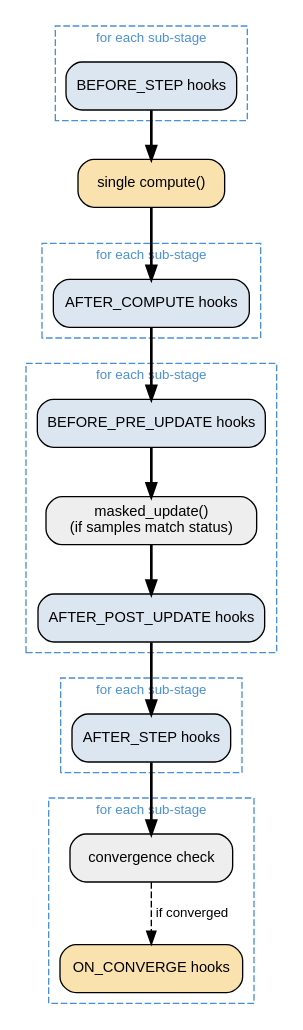
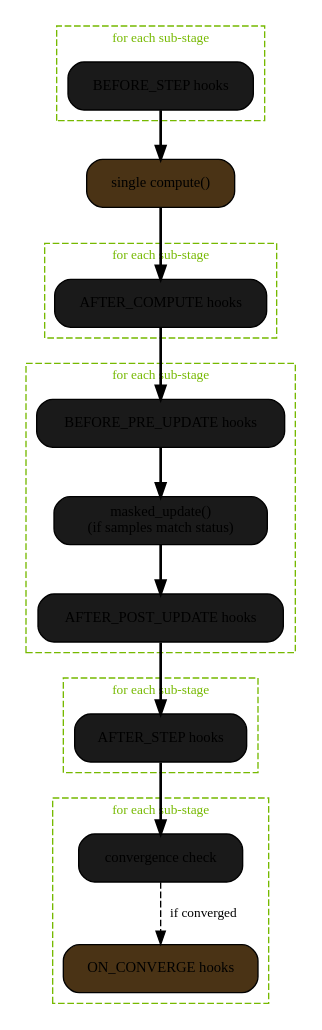
Before and after one commit to NVIDIA/nvalchemi-toolkit: the second of 2 diagrams in docs/modules/dynamics/hooks.rst, drawn with Graphviz. The commit also changed other lines of this file and 11 other files, not shown here.

Commit message:
docs: stabilize rendered diagrams

```diff
--- a/docs/modules/dynamics/hooks.rst
+++ b/docs/modules/dynamics/hooks.rst
@@ -337,73 +335,67 @@
 .. graphviz::
    :caption: Hook ordering inside a single ``FusedStage.step()``.
 
    digraph fused_hook_order {
        rankdir=TB
        compound=true
-       fontname="Helvetica"
-       node [fontname="Helvetica" fontsize=11 shape=box style="rounded,filled" fillcolor="#dce6f1"]
-       edge [fontname="Helvetica" fontsize=10 style=bold]
+       node [fontsize=11 shape=box style="rounded,filled" fillcolor="#1a1a1a"]
+       edge [fontsize=10 style=bold]
 
        subgraph cluster_before {
            label="for each sub-stage"
            style=dashed
-           color="#4a90d9"
-           fontcolor="#4a90d9"
-           fontname="Helvetica"
+           color="#76b900"
+           fontcolor="#76b900"
            fontsize=10
            BEFORE_STEP [label="BEFORE_STEP hooks"]
        }
 
-       compute [label="single compute()" fillcolor="#f9e2ae"]
+       compute [label="single compute()" fillcolor="#4a3315"]
 
        subgraph cluster_after_compute {
            label="for each sub-stage"
            style=dashed
-           color="#4a90d9"
-           fontcolor="#4a90d9"
-           fontname="Helvetica"
+           color="#76b900"
+           fontcolor="#76b900"
            fontsize=10
            AFTER_COMPUTE [label="AFTER_COMPUTE hooks"]
        }
 
        subgraph cluster_update {
            label="for each sub-stage"
            style=dashed
-           color="#4a90d9"
-           fontcolor="#4a90d9"
-           fontname="Helvetica"
+           color="#76b900"
+           fontcolor="#76b900"
            fontsize=10
            BEFORE_PRE [label="BEFORE_PRE_UPDATE hooks"]
-           masked     [label="masked_update()\n(if samples match status)" fillcolor="#eeeeee"]
+           masked     [label="masked_update()\n(if samples match status)" fillcolor="#1a1a1a"]
            AFTER_POST [label="AFTER_POST_UPDATE hooks"]
            BEFORE_PRE -> masked -> AFTER_POST
        }
 
        subgraph cluster_after_step {
            label="for each sub-stage"
            style=dashed
-           color="#4a90d9"
-           fontcolor="#4a90d9"
-           fontname="Helvetica"
+           color="#76b900"
+           fontcolor="#76b900"
            fontsize=10
            AFTER_STEP [label="AFTER_STEP hooks"]
        }
 
        subgraph cluster_converge {
            label="for each sub-stage"
            style=dashed
-           color="#4a90d9"
-           fontcolor="#4a90d9"
-           fontname="Helvetica"
+           color="#76b900"
+           fontcolor="#76b900"
            fontsize=10
-           conv_check  [label="convergence check" fillcolor="#eeeeee"]
-           ON_CONVERGE [label="ON_CONVERGE hooks" fillcolor="#f9e2ae"]
+           conv_check  [label="convergence check" fillcolor="#1a1a1a"]
+           ON_CONVERGE [label="ON_CONVERGE hooks" fillcolor="#4a3315"]
            conv_check -> ON_CONVERGE [style=dashed label="if converged"]
        }
 
        BEFORE_STEP -> compute
        compute -> AFTER_COMPUTE
        AFTER_COMPUTE -> BEFORE_PRE
        AFTER_POST -> AFTER_STEP
        AFTER_STEP -> conv_check
    }
```
